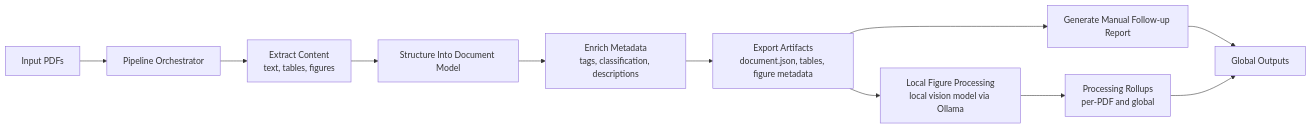
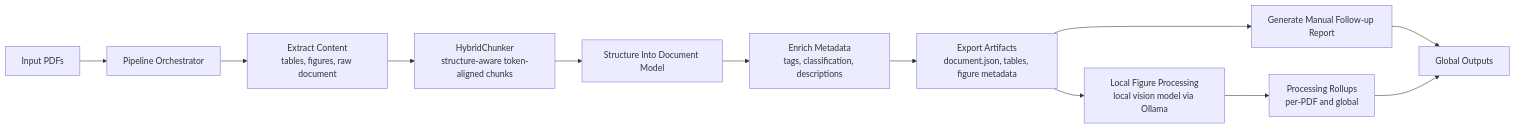
Before and after one commit to amahpour/datasheet-extractor: the first of 3 diagrams in docs/architecture.md, drawn with Mermaid. The commit also changed other lines of this file and 12 other files, not shown here.

````diff
--- a/docs/architecture.md
+++ b/docs/architecture.md
@@ -5,13 +5,14 @@
 ```mermaid
 flowchart LR
   A[Input PDFs] --> B[Pipeline Orchestrator]
-  B --> C[Extract Content<br/>text, tables, figures]
-  C --> D[Structure Into Document Model]
+  B --> C[Extract Content<br/>tables, figures, raw document]
+  C --> C2[HybridChunker<br/>structure-aware token-aligned chunks]
+  C2 --> D[Structure Into Document Model]
   D --> E[Enrich Metadata<br/>tags, classification, descriptions]
   E --> F[Export Artifacts<br/>document.json, tables, figure metadata]
   F --> G[Generate Manual Follow-up Report]
   F --> H[Local Figure Processing<br/>local vision model via Ollama]
   H --> I[Processing Rollups<br/>per-PDF and global]
   G --> J[Global Outputs]
   I --> J[Global Outputs]
 ```
````
